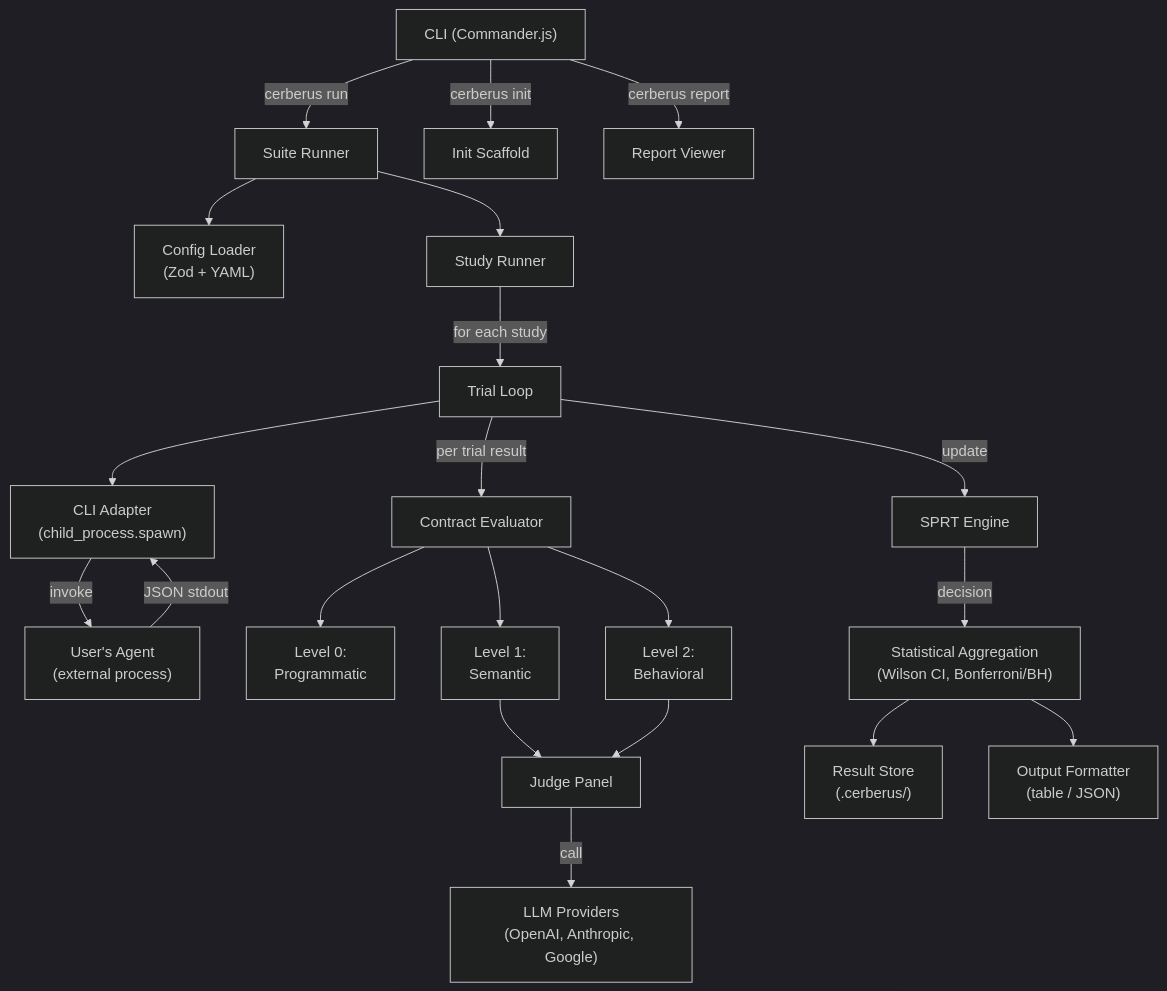
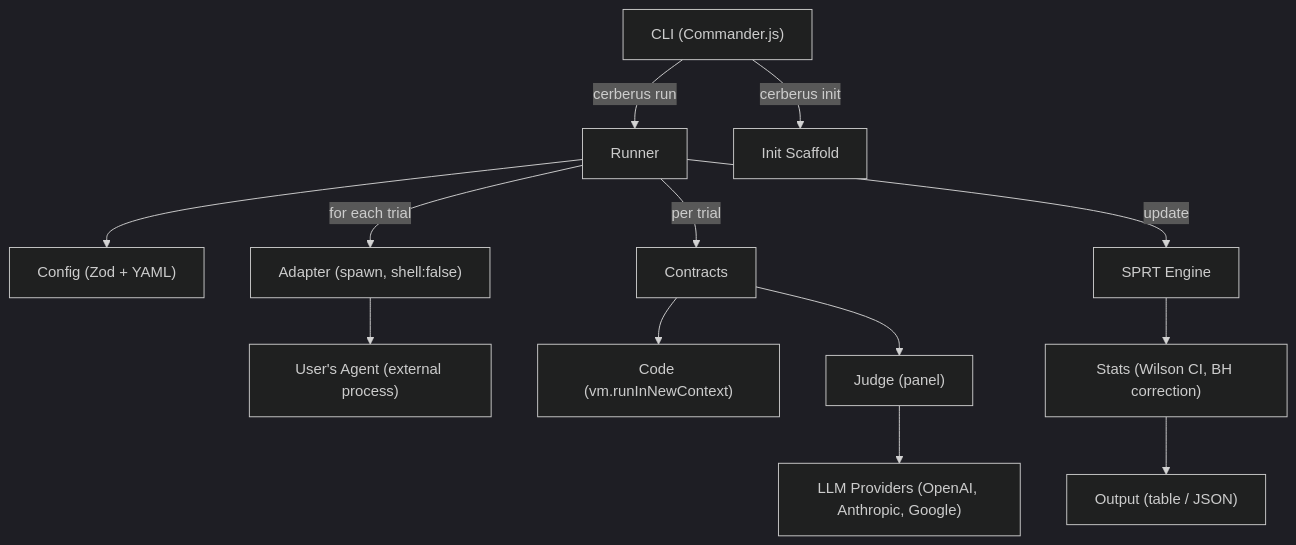
The diagram in docs/plans/2026-02-09-feat-cerberus-mvp-statistical-ci-cd-plan.md (orban/cerberus), drawn with Mermaid (dark theme) before and after one commit. The commit also changed other lines of this file and 39 other files, not shown here.

First line of the commit message:
feat: Cerberus MVP — Statistical CI/CD for AI agents (#1)

````diff
--- a/docs/plans/2026-02-09-feat-cerberus-mvp-statistical-ci-cd-plan.md
+++ b/docs/plans/2026-02-09-feat-cerberus-mvp-statistical-ci-cd-plan.md
@@ -337,29 +221,18 @@
 ```mermaid
 graph TB
-    CLI["CLI (Commander.js)"] --> |"cerberus run"| Suite["Suite Runner"]
+    CLI["CLI (Commander.js)"] --> |"cerberus run"| Runner["Runner"]
     CLI --> |"cerberus init"| Init["Init Scaffold"]
-    CLI --> |"cerberus report"| Report["Report Viewer"]
 
-    Suite --> Config["Config Loader<br/>(Zod + YAML)"]
-    Suite --> StudyRunner["Study Runner"]
+    Runner --> Config["Config (Zod + YAML)"]
+    Runner --> |"for each trial"| Adapter["Adapter (spawn, shell:false)"]
+    Runner --> |"per trial"| Contracts["Contracts"]
+    Runner --> |"update"| SPRT["SPRT Engine"]
 
-    StudyRunner --> |"for each study"| TrialLoop["Trial Loop"]
-    TrialLoop --> Adapter["CLI Adapter<br/>(child_process.spawn)"]
-    TrialLoop --> |"per trial result"| ContractEval["Contract Evaluator"]
-    TrialLoop --> |"update"| SPRT["SPRT Engine"]
+    Adapter --> Agent["User's Agent (external process)"]
+    Contracts --> CodeEval["Code (vm.runInNewContext)"]
+    Contracts --> JudgeEval["Judge (panel)"]
+    JudgeEval --> Providers["LLM Providers (OpenAI, Anthropic, Google)"]
 
-    Adapter --> |"invoke"| Agent["User's Agent<br/>(external process)"]
-    Agent --> |"JSON stdout"| Adapter
-
-    ContractEval --> Programmatic["Level 0:<br/>Programmatic"]
-    ContractEval --> Semantic["Level 1:<br/>Semantic"]
-    ContractEval --> Behavioral["Level 2:<br/>Behavioral"]
-
-    Semantic --> JudgePanel["Judge Panel"]
-    Behavioral --> JudgePanel
-    JudgePanel --> |"call"| LLM["LLM Providers<br/>(OpenAI, Anthropic, Google)"]
-
-    SPRT --> |"decision"| Stats["Statistical Aggregation<br/>(Wilson CI, Bonferroni/BH)"]
-    Stats --> Results["Result Store<br/>(.cerberus/)"]
-    Stats --> Output["Output Formatter<br/>(table / JSON)"]
+    SPRT --> Stats["Stats (Wilson CI, BH correction)"]
+    Stats --> Output["Output (table / JSON)"]
 ```
````
